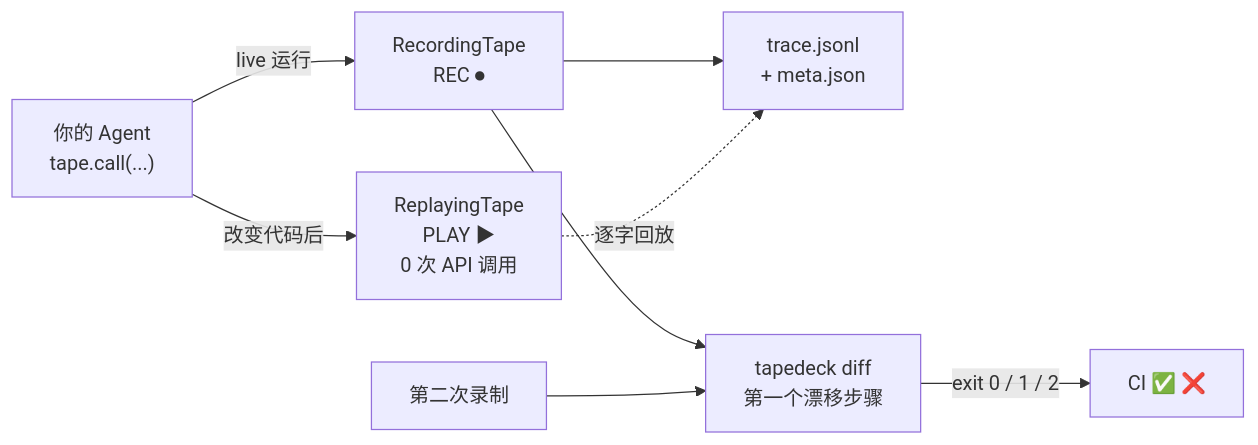
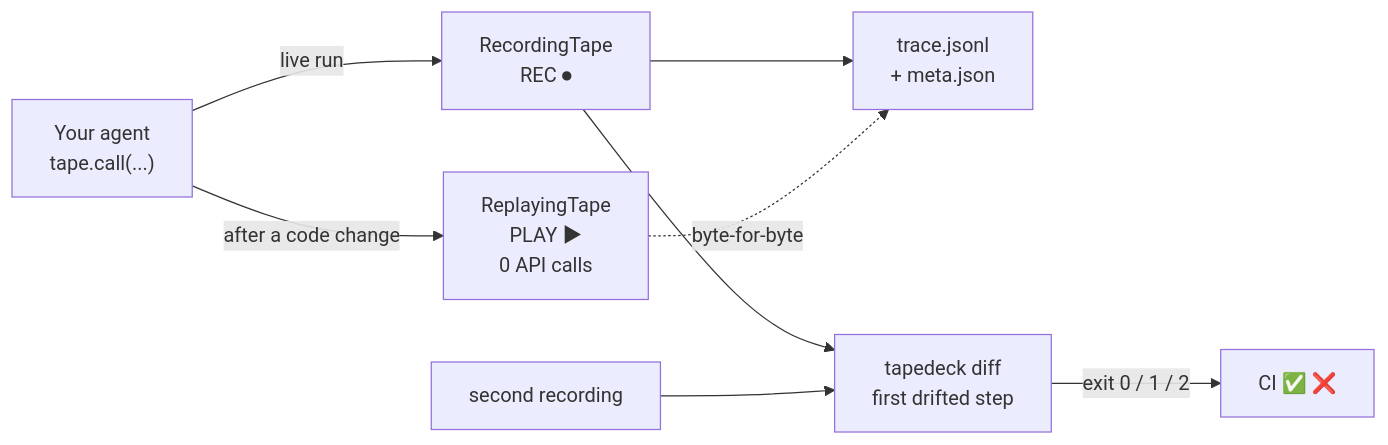
The diagram in README.md (EAnge1o/tapedeck), drawn with Mermaid before and after one commit. The commit also changed other lines of this file and 4 other files, not shown here.

````diff
--- a/README.md
+++ b/README.md
@@ -20,10 +25,10 @@
 ```mermaid
 flowchart LR
-    A["你的 Agent<br/>tape.call(...)"] -->|"live 运行"| B["RecordingTape<br/>REC ⏺"]
-    A -->|"改变代码后"| C["ReplayingTape<br/>PLAY ▶<br/>0 次 API 调用"]
+    A["Your agent<br/>tape.call(...)"] -->|"live run"| B["RecordingTape<br/>REC ⏺"]
+    A -->|"after a code change"| C["ReplayingTape<br/>PLAY ▶<br/>0 API calls"]
     B --> D["trace.jsonl<br/>+ meta.json"]
-    C -.->|"逐字回放"| D
-    B --> E["tapedeck diff<br/>第一个漂移步骤"]
-    F["第二次录制"] --> E
+    C -.->|"byte-for-byte"| D
+    B --> E["tapedeck diff<br/>first drifted step"]
+    F["second recording"] --> E
     E -->|"exit 0 / 1 / 2"| G["CI ✅ ❌"]
 ```
````
